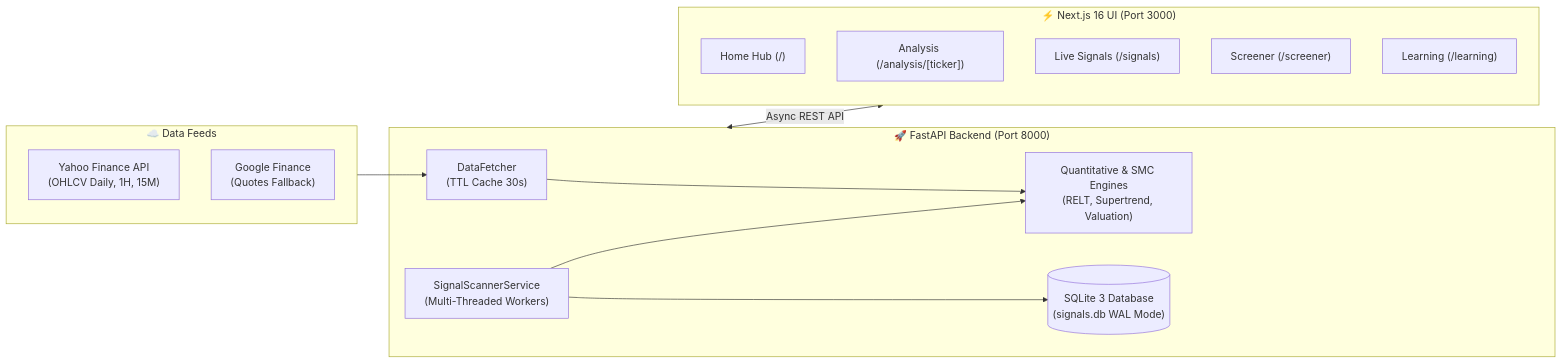
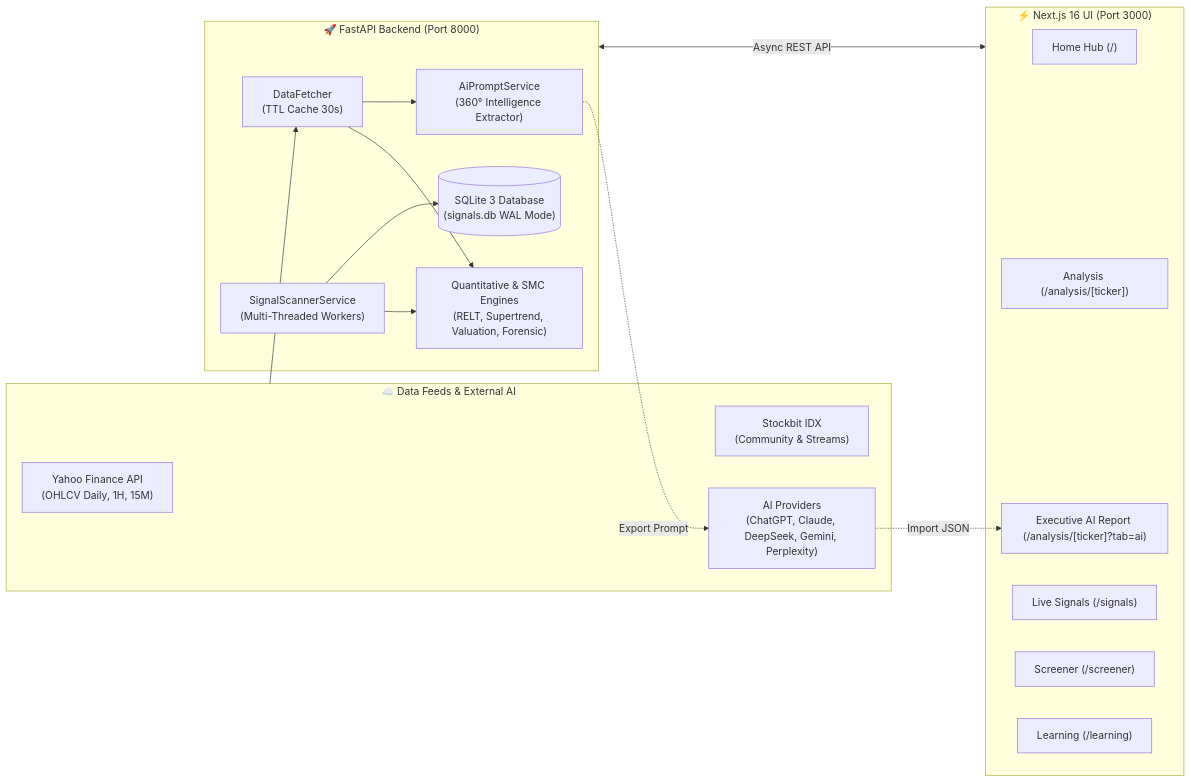
The diagram in README.md (rifkydelta/technical-automatic), drawn with Mermaid before and after one commit. The commit also changed other lines of this file and 29 other files, not shown here.

Commit message:
feat: implement AI-driven analysis engine with automated trading signals, documentation, and frontend chart tools

````diff
--- a/README.md
+++ b/README.md
@@ -127,29 +147,35 @@
 ```mermaid
 flowchart LR
-    subgraph DataSources["☁️ Data Feeds"]
+    subgraph DataSources["☁️ Data Feeds & External AI"]
         YF["Yahoo Finance API<br/>(OHLCV Daily, 1H, 15M)"]
-        GF["Google Finance<br/>(Quotes Fallback)"]
+        SB["Stockbit IDX<br/>(Community & Streams)"]
+        LLM["AI Providers<br/>(ChatGPT, Claude, DeepSeek, Gemini, Perplexity)"]
     end
 
     subgraph Backend["🚀 FastAPI Backend (Port 8000)"]
         DF["DataFetcher<br/>(TTL Cache 30s)"]
-        ENG["Quantitative & SMC Engines<br/>(RELT, Supertrend, Valuation)"]
+        ENG["Quantitative & SMC Engines<br/>(RELT, Supertrend, Valuation, Forensic)"]
+        AIP["AiPromptService<br/>(360° Intelligence Extractor)"]
         SCAN["SignalScannerService<br/>(Multi-Threaded Workers)"]
         DB[("SQLite 3 Database<br/>(signals.db WAL Mode)")]
         
         DF --> ENG
+        DF --> AIP
         SCAN --> ENG
         SCAN --> DB
     end
 
     subgraph Frontend["⚡ Next.js 16 UI (Port 3000)"]
         PORTAL["Home Hub (/)"]
         ANALYSIS["Analysis (/analysis/[ticker])"]
+        AIVIEW["Executive AI Report (/analysis/[ticker]?tab=ai)"]
         SIGNALS["Live Signals (/signals)"]
         SCREENER["Screener (/screener)"]
         LEARN["Learning (/learning)"]
     end
 
     DataSources --> DF
+    AIP -.->|Export Prompt| LLM
+    LLM -.->|Import JSON| AIVIEW
     Backend <-->|Async REST API| Frontend
 ```
````
